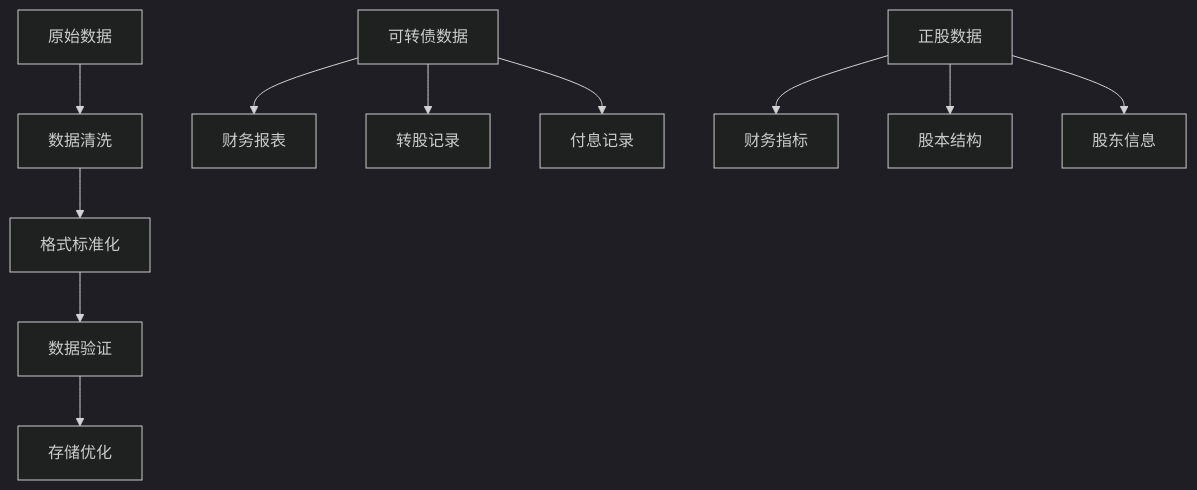
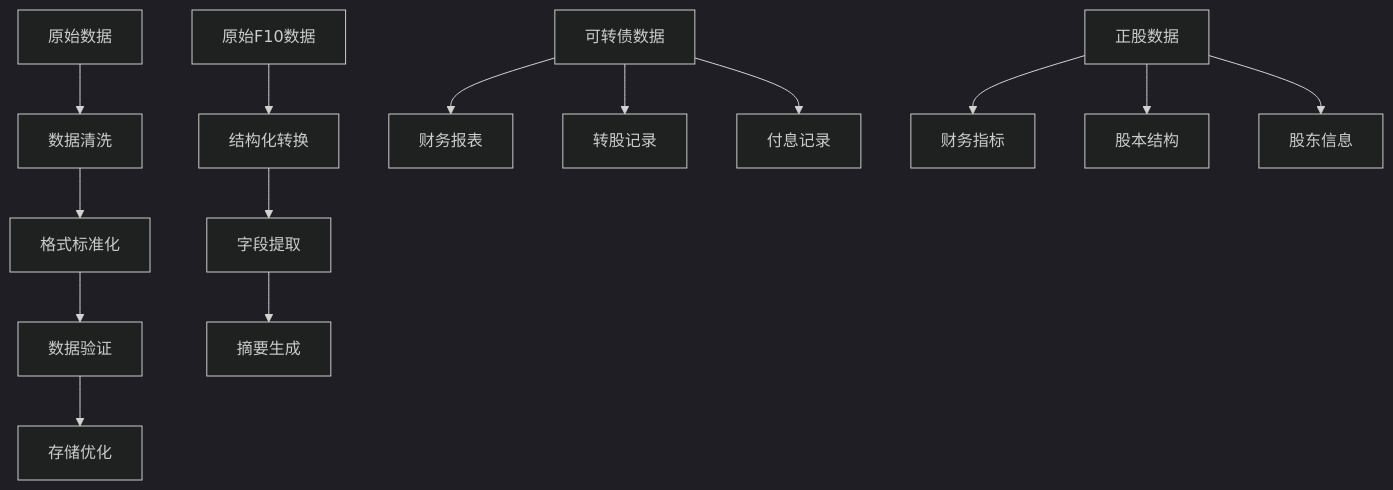
Diagram 11 of 11 in .qoder/repowiki/zh/content/数据文件说明/F10详细数据文件.md (MORECORIANDERS/SCBE-web), drawn with Mermaid (dark theme) before and after one commit. The commit also changed other lines of this file and 16 other files, not shown here.

````diff
--- a/.qoder/repowiki/zh/content/数据文件说明/F10详细数据文件.md
+++ b/.qoder/repowiki/zh/content/数据文件说明/F10详细数据文件.md
@@ -356,13 +444,16 @@
 ```mermaid
 flowchart TD
 A[原始数据] --> B[数据清洗]
 B --> C[格式标准化]
 C --> D[数据验证]
 D --> E[存储优化]
-F[可转债数据] --> G[财务报表]
-F --> H[转股记录]
-F --> I[付息记录]
-J[正股数据] --> K[财务指标]
-J --> L[股本结构]
-J --> M[股东信息]
+F[原始F10数据] --> G[结构化转换]
+G --> H[字段提取]
+H --> I[摘要生成]
+J[可转债数据] --> K[财务报表]
+J --> L[转股记录]
+J --> M[付息记录]
+N[正股数据] --> O[财务指标]
+N --> P[股本结构]
+N --> Q[股东信息]
 ```
````
